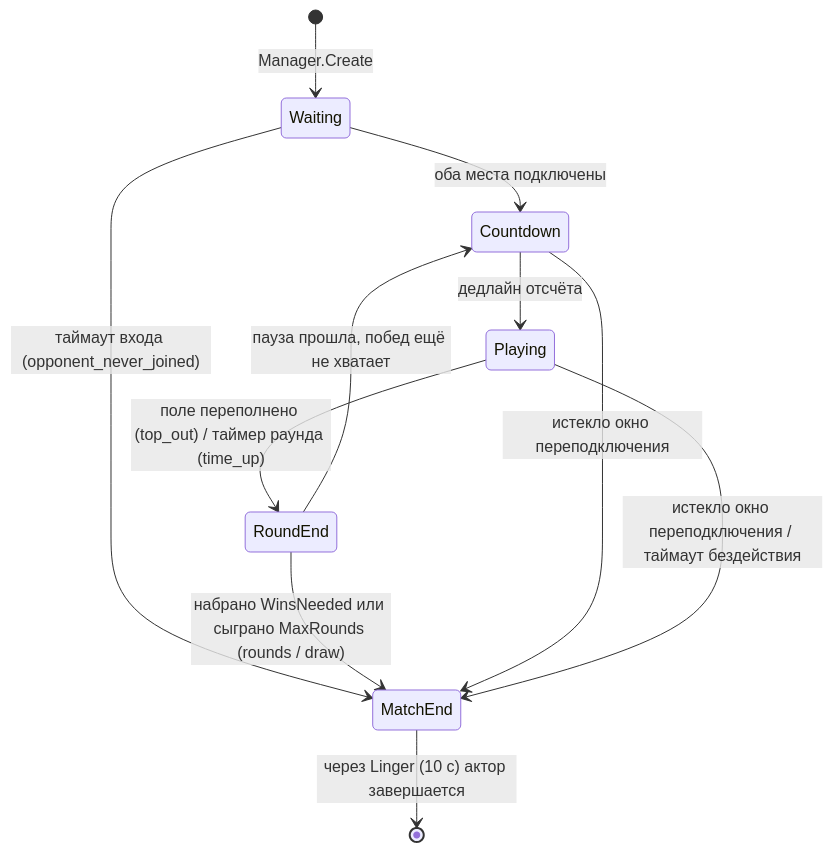
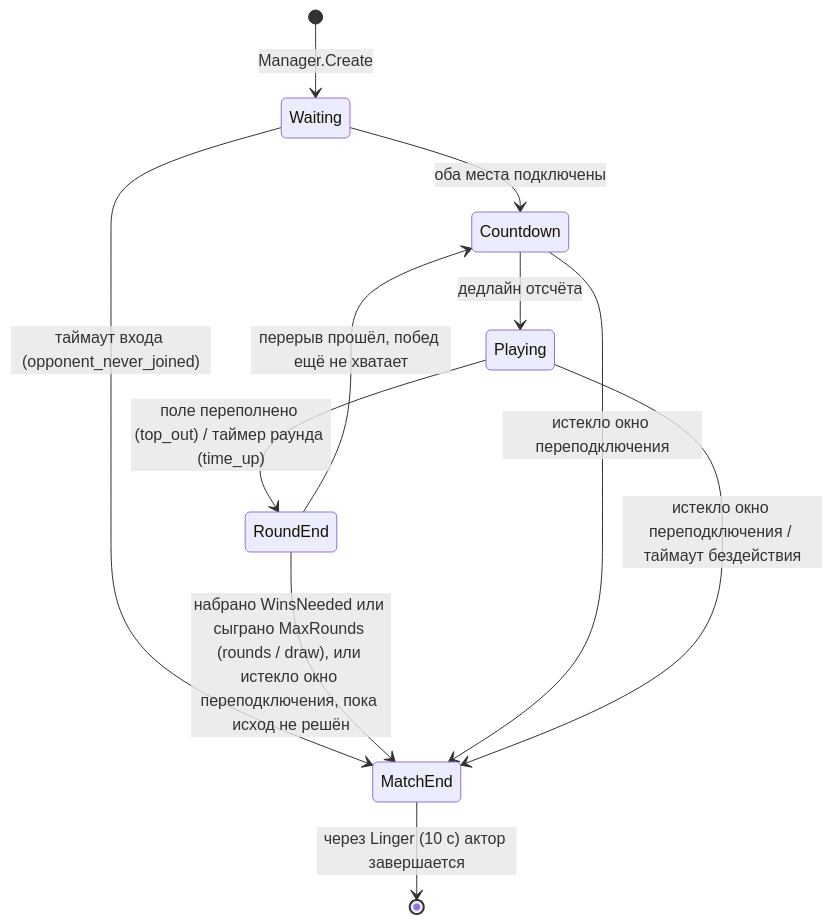
Before and after one commit to Gegirhasut/sabostack-go-server: the second of 3 diagrams in docs/ARCHITECTURE.md, drawn with Mermaid. The commit also changed other lines of this file and 27 other files, not shown here.

````diff
--- a/docs/ARCHITECTURE.md
+++ b/docs/ARCHITECTURE.md
@@ -52,13 +52,13 @@
 ```mermaid
 stateDiagram-v2
     [*] --> Waiting: Manager.Create
     Waiting --> Countdown: оба места подключены
     Waiting --> MatchEnd: таймаут входа (opponent_never_joined)
     Countdown --> Playing: дедлайн отсчёта
     Playing --> RoundEnd: поле переполнено (top_out) / таймер раунда (time_up)
-    RoundEnd --> Countdown: пауза прошла, побед ещё не хватает
-    RoundEnd --> MatchEnd: набрано WinsNeeded или сыграно MaxRounds (rounds / draw)
+    RoundEnd --> Countdown: перерыв прошёл, побед ещё не хватает
+    RoundEnd --> MatchEnd: набрано WinsNeeded или сыграно MaxRounds (rounds / draw), или истекло окно переподключения, пока исход не решён
     Countdown --> MatchEnd: истекло окно переподключения
     Playing --> MatchEnd: истекло окно переподключения / таймаут бездействия
     MatchEnd --> [*]: через Linger (10 с) актор завершается
 ```
````
